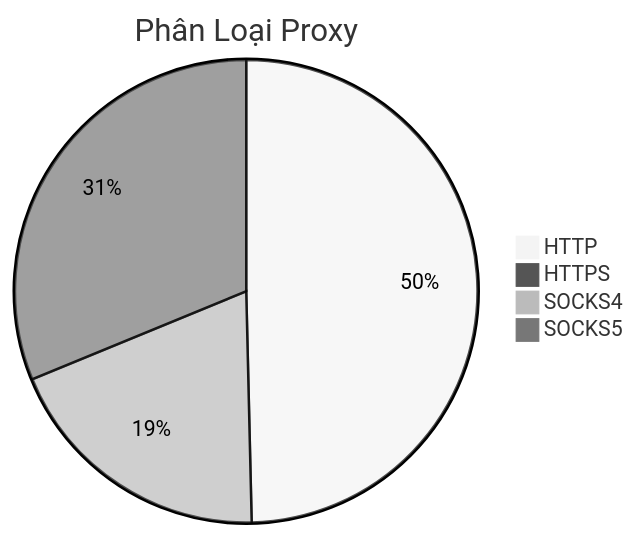
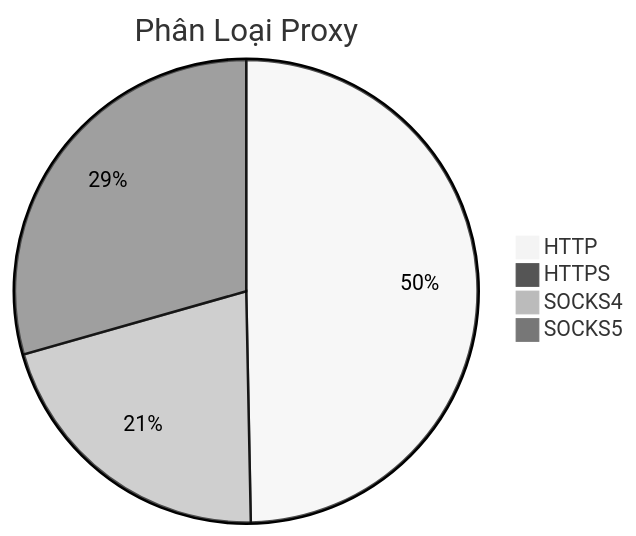
The diagram in README.md (Ciara-12/PROXY-free), drawn with Mermaid (neutral theme) before and after one commit. The commit also changed other lines of this file and 3 other files, not shown here.

````diff
--- a/README.md
+++ b/README.md
@@ -26,7 +26,7 @@
 ```mermaid
 pie title Phân Loại Proxy
-    "HTTP" : 725
+    "HTTP" : 708
     "HTTPS" : 0
-    "SOCKS4" : 280
-    "SOCKS5" : 456
+    "SOCKS4" : 298
+    "SOCKS5" : 419
 ```
````
